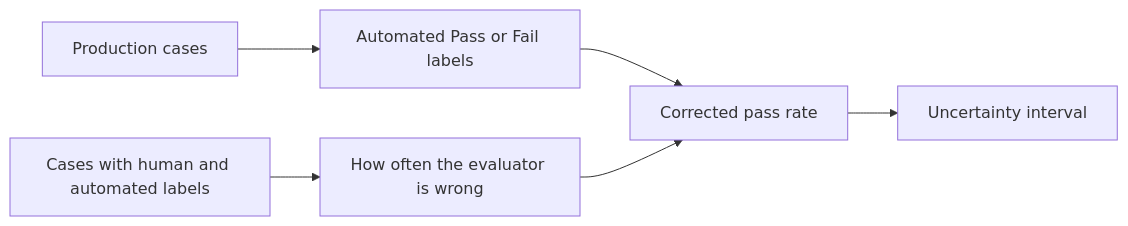
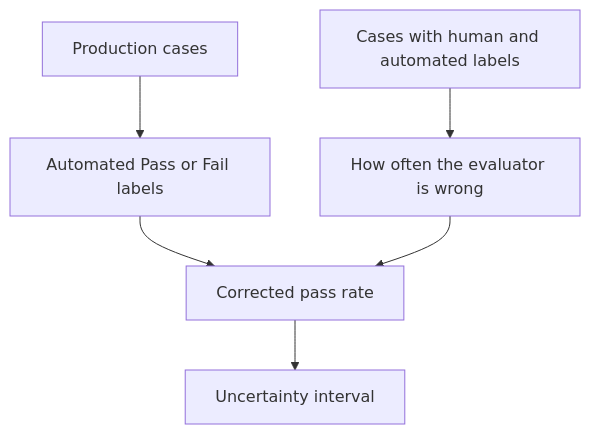
The diagram in README.md (hananather/judge-bootstrap-uncertainty), drawn with Mermaid before and after one commit.

Commit message:
Keep the README diagram clear on GitHub

````diff
--- a/README.md
+++ b/README.md
@@ -82,8 +82,8 @@
 ```mermaid
-flowchart LR
+flowchart TB
     A["Production cases"] --> B["Automated Pass or Fail labels"]
     C["Cases with human and automated labels"] --> D["How often the evaluator is wrong"]
     B --> E["Corrected pass rate"]
     D --> E
     E --> F["Uncertainty interval"]
 ```
````
